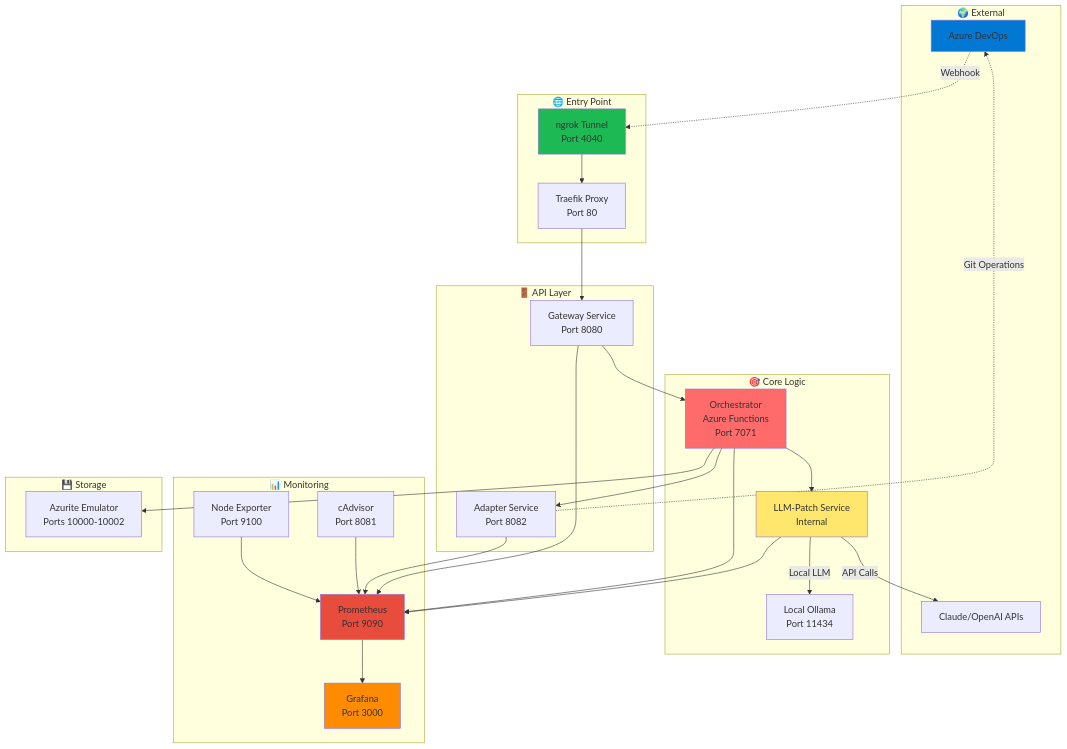
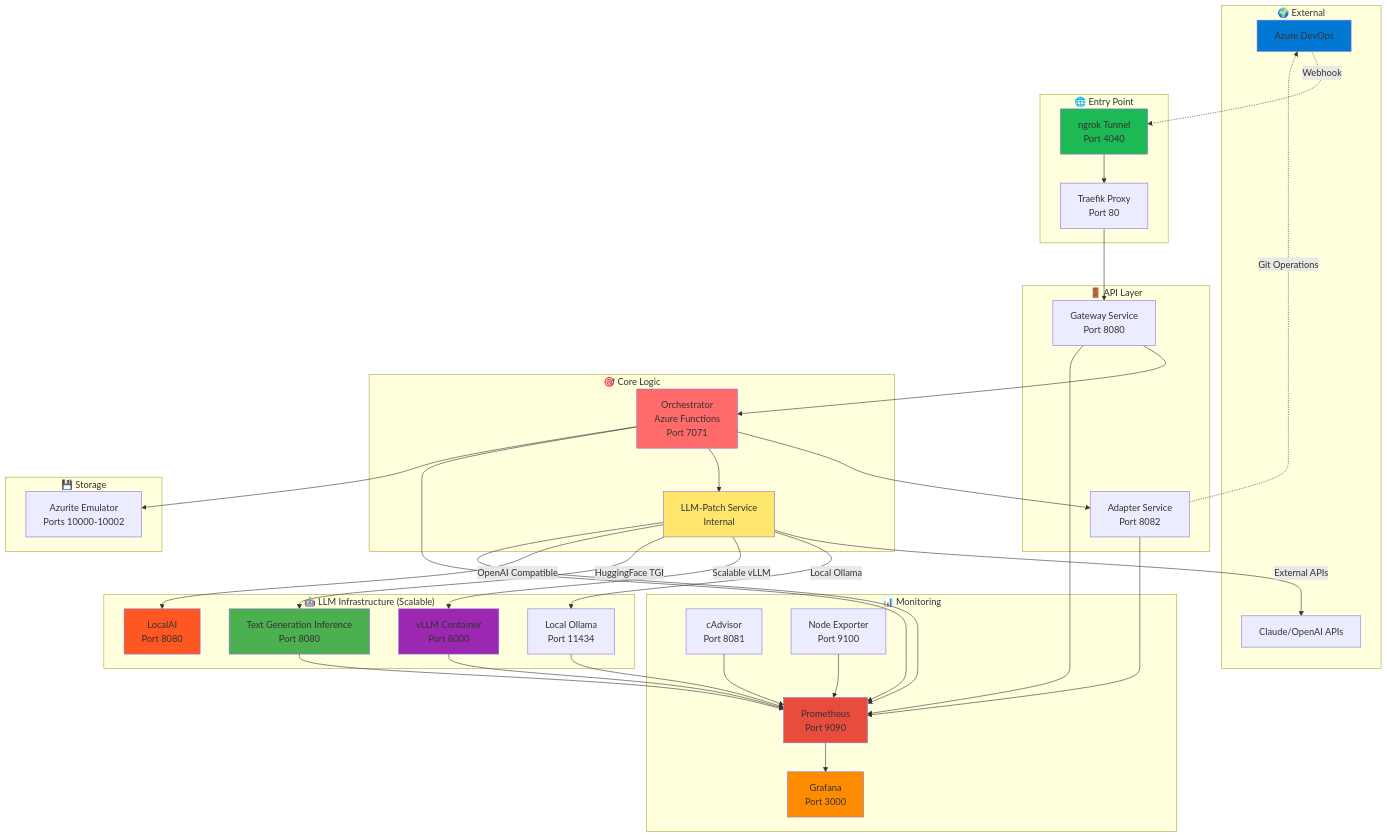
One commit to ADASK-B/ai-code-agent changed the second of 2 diagrams in README.md. Above: the diagram before and after it, drawn with Mermaid. The commit also changed other lines of this file, not shown here.

Commit message:
refactor: Update README with user-friendly examples and enhance LLM infrastructure details

````diff
--- a/README.md
+++ b/README.md
@@ -135,7 +135,13 @@
     subgraph "🎯 Core Logic"
         ORC[Orchestrator<br/>Azure Functions<br/>Port 7071]
         LLM[LLM-Patch Service<br/>Internal]
+    end
+    
+    subgraph "🤖 LLM Infrastructure (Scalable)"
         OLLAMA[Local Ollama<br/>Port 11434]
+        VLLM[vLLM Container<br/>Port 8000]
+        TGI[Text Generation Inference<br/>Port 8080]
+        LOCALAI[LocalAI<br/>Port 8080]
     end
     
     subgraph "📊 Monitoring"
@@ -151,8 +157,11 @@
     
     %% External connections
     ADO -.->|Webhook| NGROK
-    LLM -->|API Calls| LLM_API
-    LLM -->|Local LLM| OLLAMA
+    LLM -->|External APIs| LLM_API
+    LLM -->|Local Ollama| OLLAMA
+    LLM -->|Scalable vLLM| VLLM
+    LLM -->|HuggingFace TGI| TGI
+    LLM -->|OpenAI Compatible| LOCALAI
     
     %% Traffic flow
     NGROK --> PROXY
@@ -167,6 +176,9 @@
     ADAPTER --> PROMETHEUS
     LLM --> PROMETHEUS
     ORC --> PROMETHEUS
+    OLLAMA --> PROMETHEUS
+    VLLM --> PROMETHEUS
+    TGI --> PROMETHEUS
     CADVISOR --> PROMETHEUS
     NODE --> PROMETHEUS
     PROMETHEUS --> GRAFANA
@@ -178,6 +190,11 @@
     style NGROK fill:#1DB954
     style ORC fill:#FF6B6B
     style LLM fill:#FFE66D
+    style VLLM fill:#9C27B0
+    style TGI fill:#4CAF50
+    style LOCALAI fill:#FF5722
+    style GRAFANA fill:#FF8C00
+    style PROMETHEUS fill:#E74C3C
     style GRAFANA fill:#FF8C00
     style PROMETHEUS fill:#E74C3C
 ```
````
